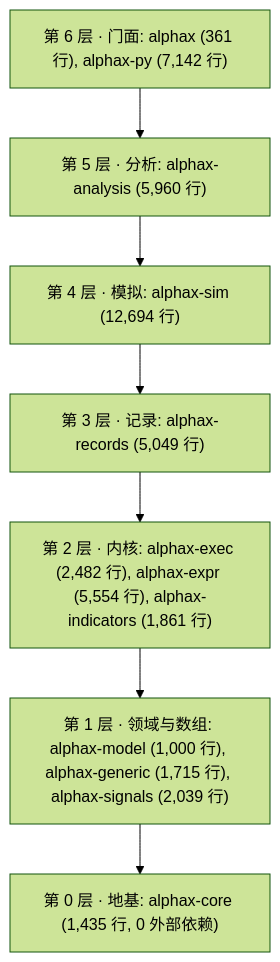
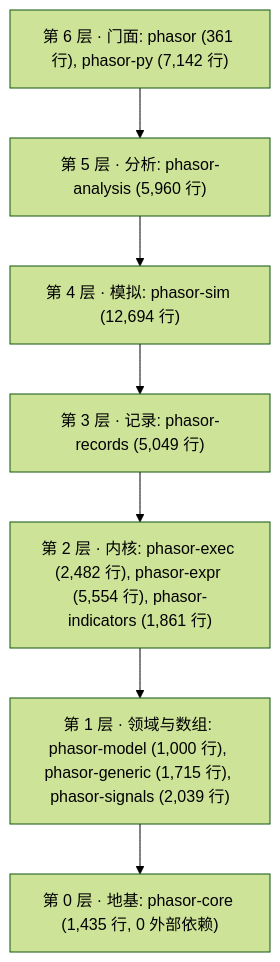
The second of 9 diagrams in docs/architecture.md (nivalume/alphax), drawn with Mermaid (forest theme) before and after one commit. The commit also changed other lines of this file and 37 other files, not shown here.

````diff
--- a/docs/architecture.md
+++ b/docs/architecture.md
@@ -56,12 +56,12 @@
 ```mermaid
 flowchart TD
-    L6["第 6 层 · 门面: alphax (361 行), alphax-py (7,142 行)"]
-    L5["第 5 层 · 分析: alphax-analysis (5,960 行)"]
-    L4["第 4 层 · 模拟: alphax-sim (12,694 行)"]
-    L3["第 3 层 · 记录: alphax-records (5,049 行)"]
-    L2["第 2 层 · 内核: alphax-exec (2,482 行), alphax-expr (5,554 行), alphax-indicators (1,861 行)"]
-    L1["第 1 层 · 领域与数组: alphax-model (1,000 行), alphax-generic (1,715 行), alphax-signals (2,039 行)"]
-    L0["第 0 层 · 地基: alphax-core (1,435 行, 0 外部依赖)"]
+    L6["第 6 层 · 门面: phasor (361 行), phasor-py (7,142 行)"]
+    L5["第 5 层 · 分析: phasor-analysis (5,960 行)"]
+    L4["第 4 层 · 模拟: phasor-sim (12,694 行)"]
+    L3["第 3 层 · 记录: phasor-records (5,049 行)"]
+    L2["第 2 层 · 内核: phasor-exec (2,482 行), phasor-expr (5,554 行), phasor-indicators (1,861 行)"]
+    L1["第 1 层 · 领域与数组: phasor-model (1,000 行), phasor-generic (1,715 行), phasor-signals (2,039 行)"]
+    L0["第 0 层 · 地基: phasor-core (1,435 行, 0 外部依赖)"]
 
     L6 --> L5 --> L4 --> L3 --> L2 --> L1 --> L0
 ```
````
